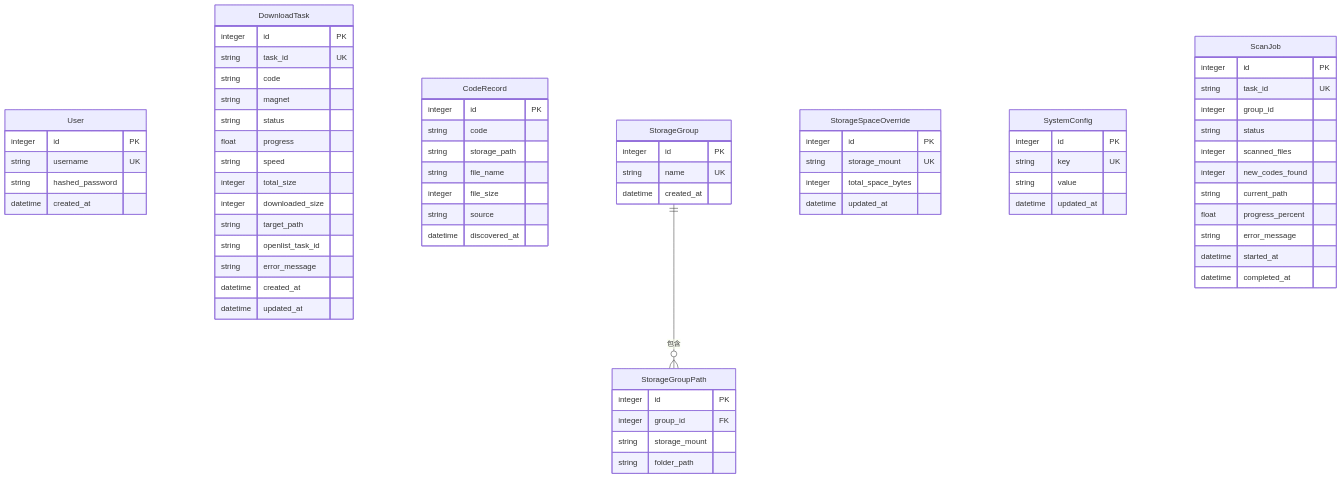
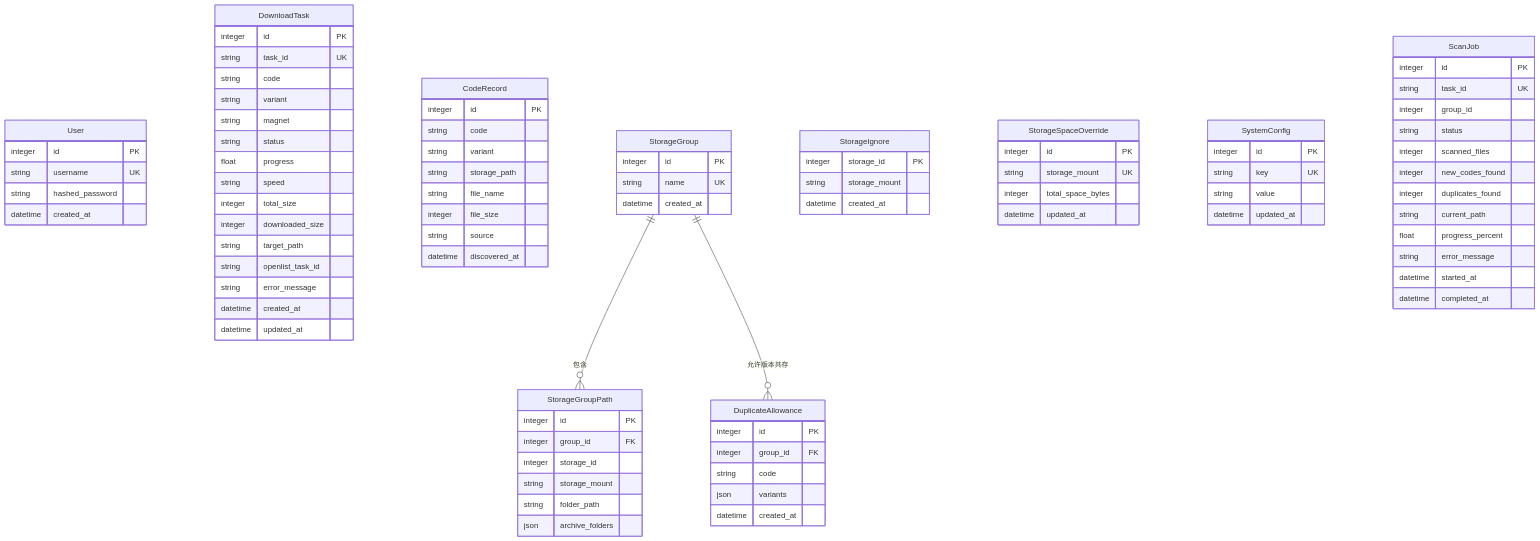
Before and after one commit to TheWuSi/Kuroko: the third of 3 diagrams in docs/dev/architecture.md, drawn with Mermaid. The commit also changed other lines of this file and 52 other files, not shown here.

````diff
--- a/docs/dev/architecture.md
+++ b/docs/dev/architecture.md
@@ -166,6 +168,7 @@
         integer id PK
         string task_id UK
         string code
+        string variant
         string magnet
         string status
         float progress
@@ -182,6 +185,7 @@
     CodeRecord {
         integer id PK
         string code
+        string variant
         string storage_path
         string file_name
         integer file_size
@@ -198,8 +202,24 @@
     StorageGroupPath {
         integer id PK
         integer group_id FK
+        integer storage_id
         string storage_mount
         string folder_path
+        json archive_folders
+    }
+
+    StorageIgnore {
+        integer storage_id PK
+        string storage_mount
+        datetime created_at
+    }
+
+    DuplicateAllowance {
+        integer id PK
+        integer group_id FK
+        string code
+        json variants
+        datetime created_at
     }
 
     StorageSpaceOverride {
@@ -223,6 +243,7 @@
         string status
         integer scanned_files
         integer new_codes_found
+        integer duplicates_found
         string current_path
         float progress_percent
         string error_message
@@ -231,4 +252,5 @@
     }
 
     StorageGroup ||--o{ StorageGroupPath : "包含"
+    StorageGroup ||--o{ DuplicateAllowance : "允许版本共存"
 ```
````
